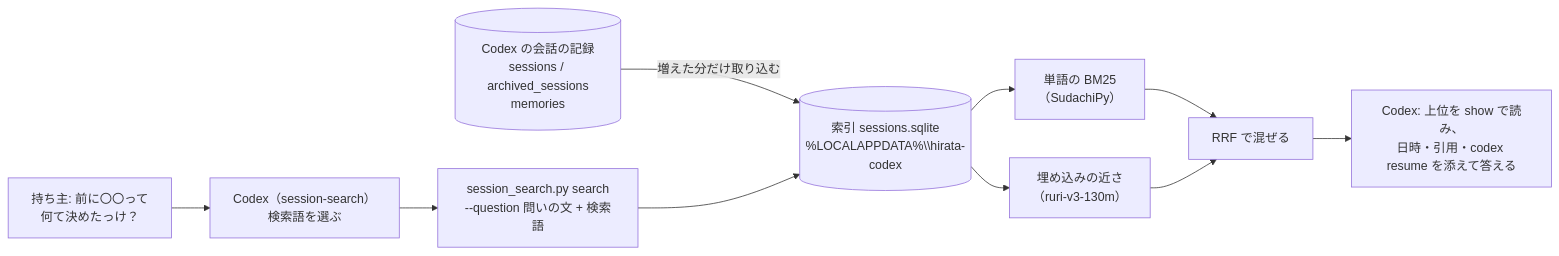
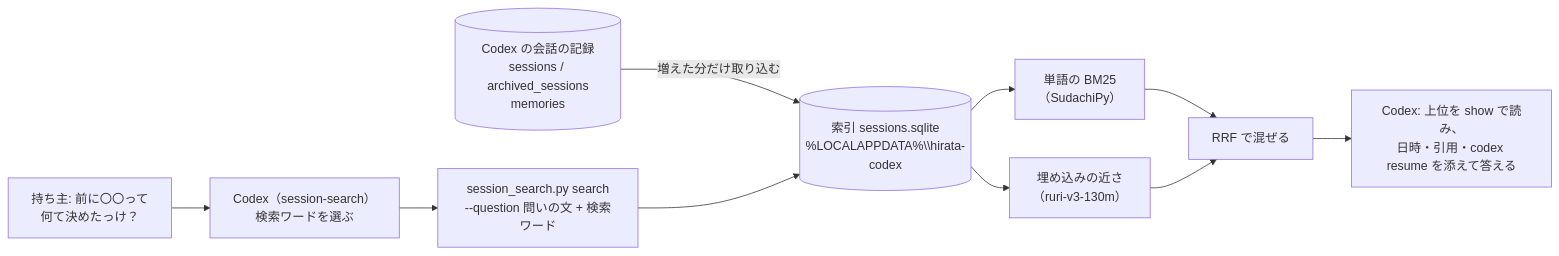
The fifth of 7 diagrams in README.md (iroha924/dev-com), drawn with Mermaid before and after one commit. The commit also changed other lines of this file and 3 other files, not shown here.

````diff
--- a/README.md
+++ b/README.md
@@ -248,12 +248,12 @@
 ```mermaid
 flowchart LR
-    q["持ち主: 前に〇〇って<br/>何て決めたっけ？"] --> x["Codex（session-search）<br/>検索語を選ぶ"]
-    x --> s["session_search.py search<br/>--question 問いの文 + 検索語"]
+    q["持ち主: 前に〇〇って<br/>何て決めたっけ？"] --> x["Codex（session-search）<br/>検索ワードを選ぶ"]
+    x --> s["session_search.py search<br/>--question 問いの文 + 検索ワード"]
     r[("Codex の会話の記録<br/>sessions / archived_sessions<br/>memories")] -- "増えた分だけ取り込む" --> idx[("索引 sessions.sqlite<br/>%LOCALAPPDATA%\\hirata-codex")]
     s --> idx
     idx --> bm["単語の BM25<br/>（SudachiPy）"]
     idx --> em["埋め込みの近さ<br/>（ruri-v3-130m）"]
     bm --> f["RRF で混ぜる"]
     em --> f
     f --> x2["Codex: 上位を show で読み、<br/>日時・引用・codex resume を添えて答える"]
 ```
````
